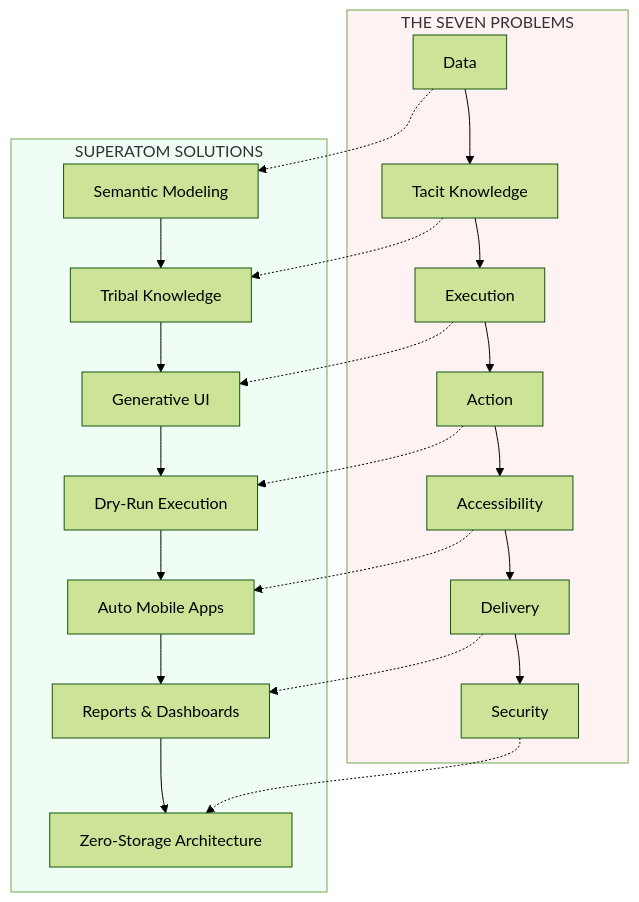
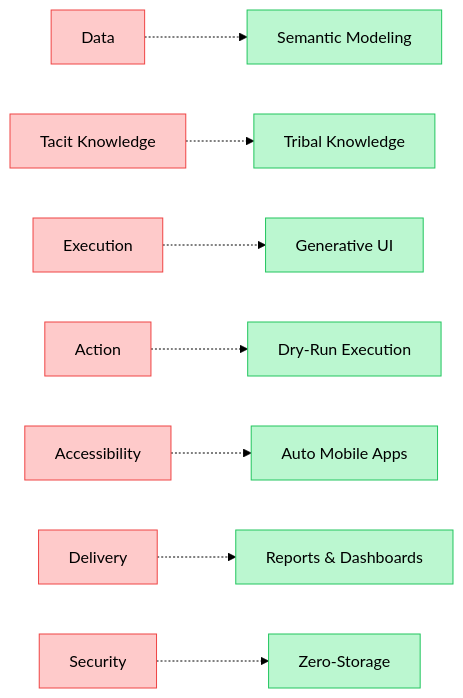
The ninth of 9 diagrams in introduction/problems.mdx (ashishsuperatom/tech-docs), drawn with Mermaid (forest theme) before and after one commit. The commit also changed other lines of this file and 13 other files, not shown here.

First line of the commit message:
Add Superatom AI logo and fix Mermaid diagram rendering

````diff
--- a/introduction/problems.mdx
+++ b/introduction/problems.mdx
@@ -443,31 +402,25 @@
 ```mermaid
-flowchart TB
-    subgraph PROBLEMS["THE SEVEN PROBLEMS"]
-        P1[Data] --> P2[Tacit Knowledge]
-        P2 --> P3[Execution]
-        P3 --> P4[Action]
-        P4 --> P5[Accessibility]
-        P5 --> P6[Delivery]
-        P6 --> P7[Security]
-    end
+flowchart LR
+    P1[Data] -.-> S1[Semantic Modeling]
+    P2[Tacit Knowledge] -.-> S2[Tribal Knowledge]
+    P3[Execution] -.-> S3[Generative UI]
+    P4[Action] -.-> S4[Dry-Run Execution]
+    P5[Accessibility] -.-> S5[Auto Mobile Apps]
+    P6[Delivery] -.-> S6[Reports & Dashboards]
+    P7[Security] -.-> S7[Zero-Storage]
 
-    subgraph SOLUTIONS["SUPERATOM SOLUTIONS"]
-        S1[Semantic Modeling] --> S2[Tribal Knowledge]
-        S2 --> S3[Generative UI]
-        S3 --> S4[Dry-Run Execution]
-        S4 --> S5[Auto Mobile Apps]
-        S5 --> S6[Reports & Dashboards]
-        S6 --> S7[Zero-Storage Architecture]
-    end
-
-    P1 -.-> S1
-    P2 -.-> S2
-    P3 -.-> S3
-    P4 -.-> S4
-    P5 -.-> S5
-    P6 -.-> S6
-    P7 -.-> S7
-
-    style PROBLEMS fill:#fef2f2
-    style SOLUTIONS fill:#f0fdf4
+    style P1 fill:#fecaca,stroke:#ef4444
+    style P2 fill:#fecaca,stroke:#ef4444
+    style P3 fill:#fecaca,stroke:#ef4444
+    style P4 fill:#fecaca,stroke:#ef4444
+    style P5 fill:#fecaca,stroke:#ef4444
+    style P6 fill:#fecaca,stroke:#ef4444
+    style P7 fill:#fecaca,stroke:#ef4444
+    style S1 fill:#bbf7d0,stroke:#22c55e
+    style S2 fill:#bbf7d0,stroke:#22c55e
+    style S3 fill:#bbf7d0,stroke:#22c55e
+    style S4 fill:#bbf7d0,stroke:#22c55e
+    style S5 fill:#bbf7d0,stroke:#22c55e
+    style S6 fill:#bbf7d0,stroke:#22c55e
+    style S7 fill:#bbf7d0,stroke:#22c55e
 ```
````
